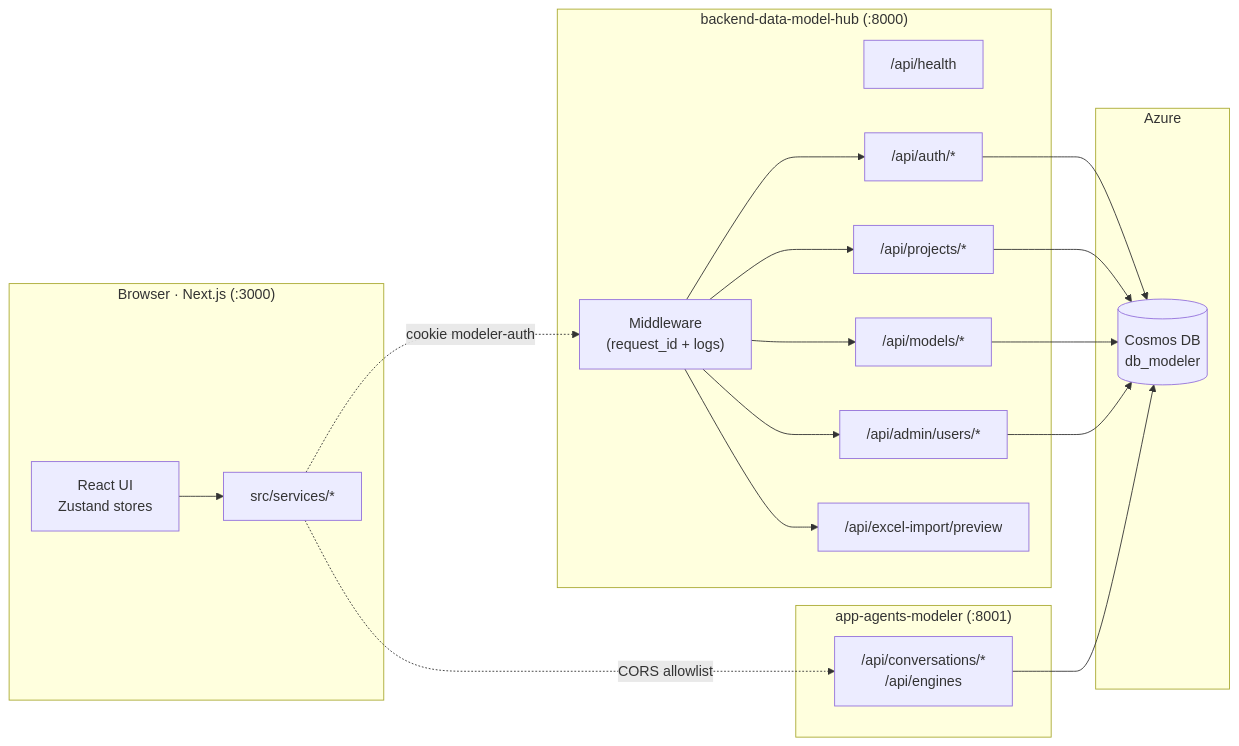
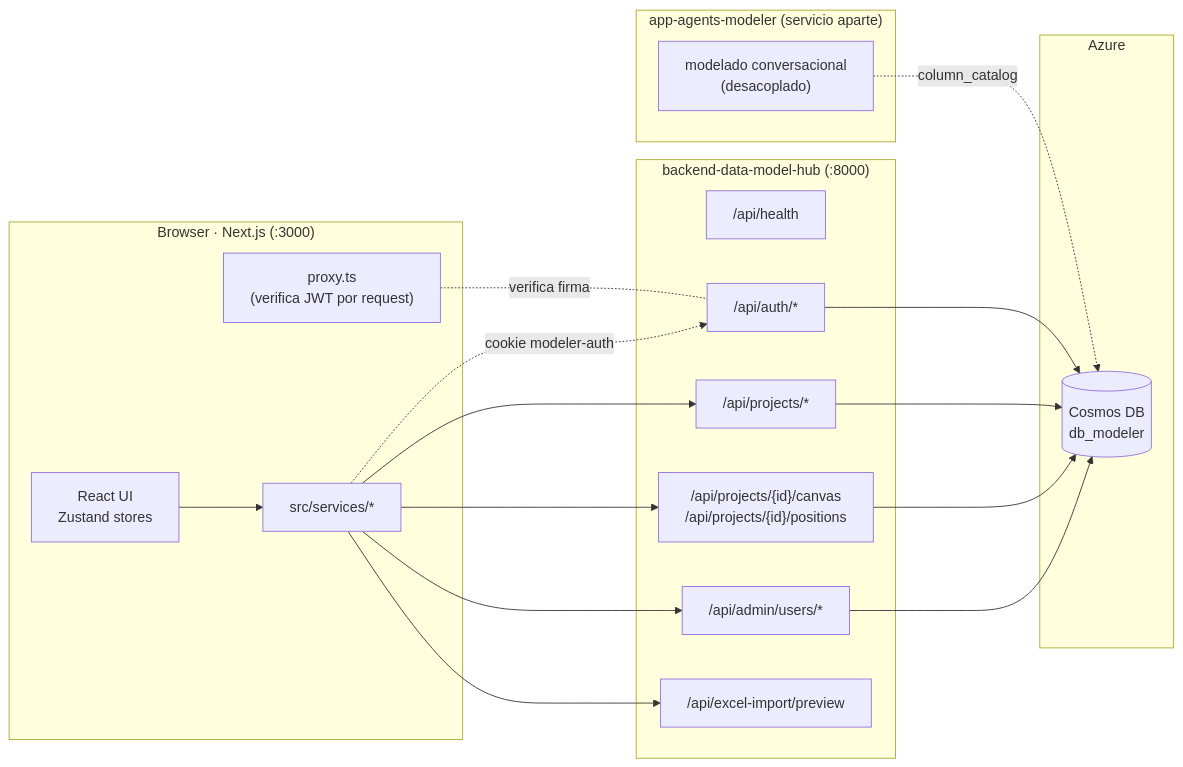
The first of 3 diagrams in doc/architecture.md (Carlosmps97/backend-data-model-hub), drawn with Mermaid before and after one commit. The commit also changed other lines of this file and 23 other files, not shown here.

````diff
--- a/doc/architecture.md
+++ b/doc/architecture.md
@@ -10,39 +11,38 @@
 ```mermaid
 flowchart LR
     subgraph Browser["Browser · Next.js (:3000)"]
         UI["React UI<br/>Zustand stores"]
+        PXY["proxy.ts<br/>(verifica JWT por request)"]
         SVC["src/services/*"]
     end
 
     subgraph Platform["backend-data-model-hub (:8000)"]
-        MID["Middleware<br/>(request_id + logs)"]
         H["/api/health"]
         AUTH["/api/auth/*"]
         PRJ["/api/projects/*"]
-        MOD["/api/models/*"]
+        CNV["/api/projects/{id}/canvas<br/>/api/projects/{id}/positions"]
         ADM["/api/admin/users/*"]
         XLS["/api/excel-import/preview"]
     end
 
-    subgraph Agent["app-agents-modeler (:8001)"]
-        AGT["/api/conversations/*<br/>/api/engines"]
+    subgraph Agent["app-agents-modeler (servicio aparte)"]
+        AGT["modelado conversacional<br/>(desacoplado)"]
     end
 
     subgraph Cloud["Azure"]
         COSMOS[("Cosmos DB<br/>db_modeler")]
     end
 
     UI --> SVC
-    SVC -.cookie modeler-auth.-> MID
-    SVC -.CORS allowlist.-> AGT
-    MID --> AUTH
-    MID --> PRJ
-    MID --> MOD
-    MID --> ADM
-    MID --> XLS
+    SVC -.cookie modeler-auth.-> AUTH
+    SVC --> PRJ
+    SVC --> CNV
+    SVC --> ADM
+    SVC --> XLS
+    PXY -. verifica firma .- AUTH
     AUTH --> COSMOS
     PRJ --> COSMOS
-    MOD --> COSMOS
+    CNV --> COSMOS
     ADM --> COSMOS
-    AGT --> COSMOS
+    AGT -. column_catalog .-> COSMOS
 ```
````
